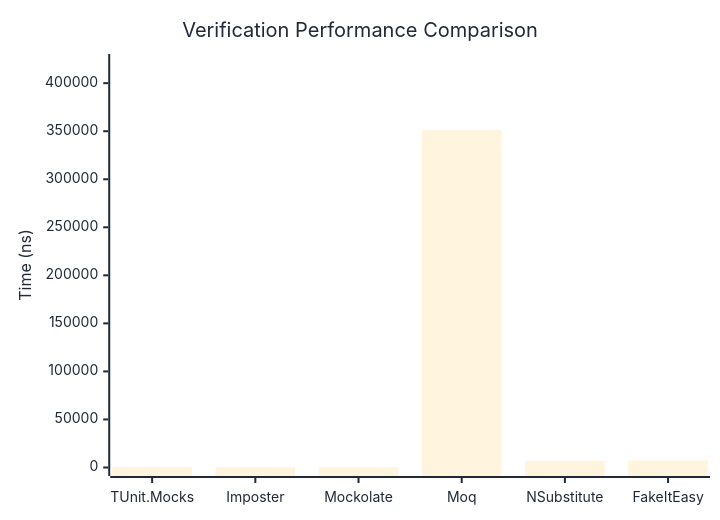
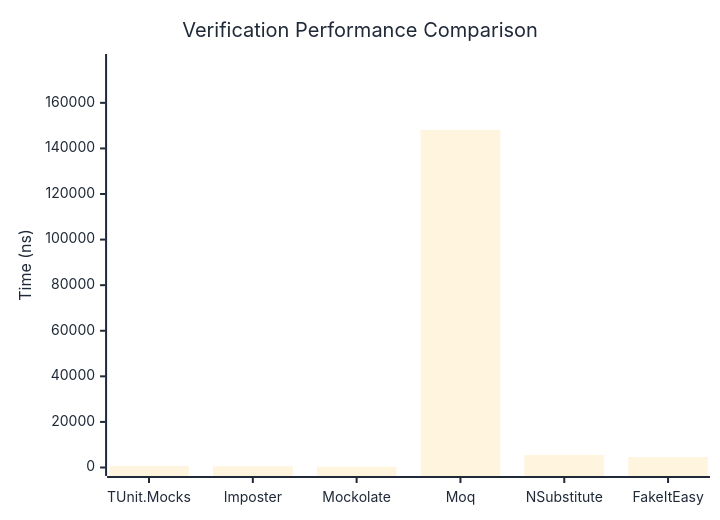
Before and after one commit to thomhurst/TUnit: the first of 3 diagrams in docs/docs/benchmarks/mocks/Verification.md, drawn with Mermaid. The commit also changed other lines of this file and 14 other files, not shown here.

````diff
--- a/docs/docs/benchmarks/mocks/Verification.md
+++ b/docs/docs/benchmarks/mocks/Verification.md
@@ -30,27 +30,27 @@
 ```mermaid
 %%{init: {
   'theme':'base',
   'themeVariables': {
     'primaryColor': '#2563eb',
     'primaryTextColor': '#1f2937',
     'primaryBorderColor': '#1e40af',
     'lineColor': '#6b7280',
     'secondaryColor': '#7c3aed',
     'tertiaryColor': '#dc2626',
     'background': '#ffffff',
     'pie1': '#2563eb',
     'pie2': '#7c3aed',
     'pie3': '#dc2626',
     'pie4': '#f59e0b',
     'pie5': '#10b981',
     'pie6': '#06b6d4',
     'pie7': '#ec4899',
     'pie8': '#6366f1'
   }
 }}%%
 xychart-beta
   title "Verification Performance Comparison"
   x-axis ["TUnit.Mocks", "Imposter", "Mockolate", "Moq", "NSubstitute", "FakeItEasy"]
-  y-axis "Time (ns)" 0 --> 421512
-  bar [692.03, 643.19, 396.32, 351259.55, 7110.47, 7306.01]
+  y-axis "Time (ns)" 0 --> 177701
+  bar [623.47, 571.24, 361.88, 148083.9, 5536.94, 4603.43]
 ```
````
